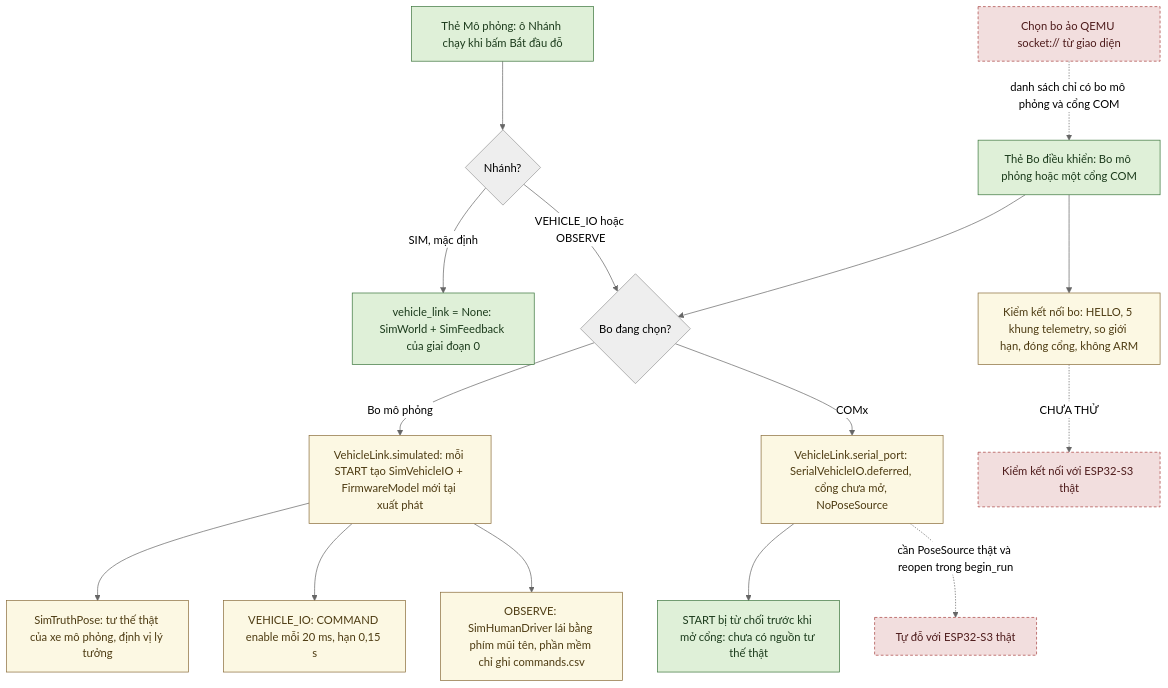
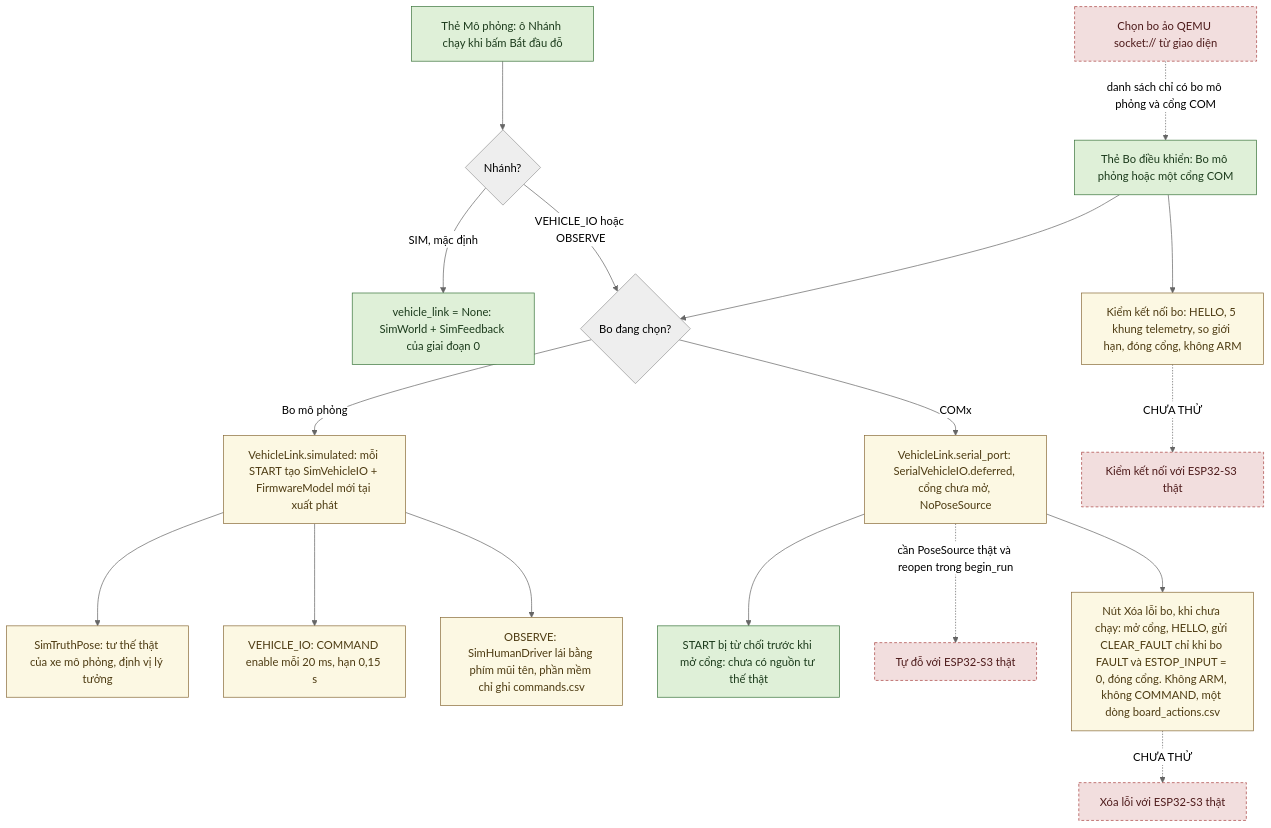
Before and after one commit to thbn12082/autopark: the third of 3 diagrams in autopark/README.md, drawn with Mermaid (neutral theme). The commit also changed other lines of this file and 82 other files, not shown here.

````diff
--- a/autopark/README.md
+++ b/autopark/README.md
@@ -314,23 +378,25 @@
 ```mermaid
 flowchart TD
     A["Thẻ Mô phỏng: ô Nhánh chạy khi bấm Bắt đầu đỗ"] --> M{"Nhánh?"}
     B["Thẻ Bo điều khiển: Bo mô phỏng hoặc một cổng COM"] --> P{"Bo đang chọn?"}
     M -->|SIM, mặc định| SIM["vehicle_link = None: SimWorld + SimFeedback của giai đoạn 0"]
     M -->|VEHICLE_IO hoặc OBSERVE| P
     P -->|Bo mô phỏng| VS["VehicleLink.simulated: mỗi START tạo SimVehicleIO + FirmwareModel mới tại xuất phát"]
     VS --> POSE["SimTruthPose: tư thế thật của xe mô phỏng, định vị lý tưởng"]
     VS --> VIO["VEHICLE_IO: COMMAND enable mỗi 20 ms, hạn 0,15 s"]
     VS --> OBS["OBSERVE: SimHumanDriver lái bằng phím mũi tên, phần mềm chỉ ghi commands.csv"]
     P -->|COMx| SER["VehicleLink.serial_port: SerialVehicleIO.deferred, cổng chưa mở, NoPoseSource"]
     SER --> REF["START bị từ chối trước khi mở cổng: chưa có nguồn tư thế thật"]
     SER -.->|cần PoseSource thật và reopen trong begin_run| REAL["Tự đỗ với ESP32-S3 thật"]
     B --> PROBE["Kiểm kết nối bo: HELLO, 5 khung telemetry, so giới hạn, đóng cổng, không ARM"]
     PROBE -.->|CHƯA THỬ| REALP["Kiểm kết nối với ESP32-S3 thật"]
+    SER --> CLR["Nút Xóa lỗi bo, khi chưa chạy: mở cổng, HELLO, gửi CLEAR_FAULT chỉ khi bo FAULT và ESTOP_INPUT = 0, đóng cổng. Không ARM, không COMMAND, một dòng board_actions.csv"]
+    CLR -.->|CHƯA THỬ| REALC["Xóa lỗi với ESP32-S3 thật"]
     QEMU["Chọn bo ảo QEMU socket:// từ giao diện"] -.->|danh sách chỉ có bo mô phỏng và cổng COM| B
     classDef daco fill:#dff0d8,stroke:#3c763d,color:#1b3a1b
     classDef giaLap fill:#fcf8e3,stroke:#8a6d3b,color:#4d3b12
     classDef chuaLam fill:#f2dede,stroke:#a94442,color:#4d1a1a,stroke-dasharray: 4 3
     class A,B,SIM,REF daco
-    class VS,POSE,VIO,OBS,PROBE,SER giaLap
-    class REAL,REALP,QEMU chuaLam
+    class VS,POSE,VIO,OBS,PROBE,SER,CLR giaLap
+    class REAL,REALP,REALC,QEMU chuaLam
 ```
````
